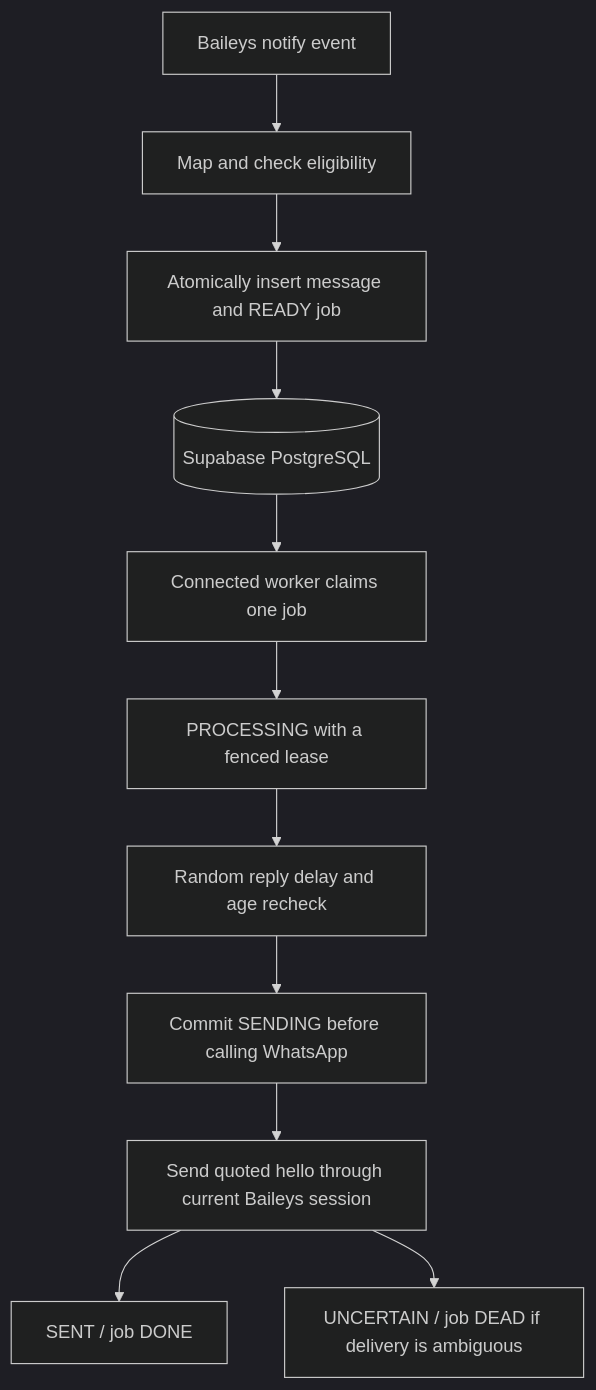
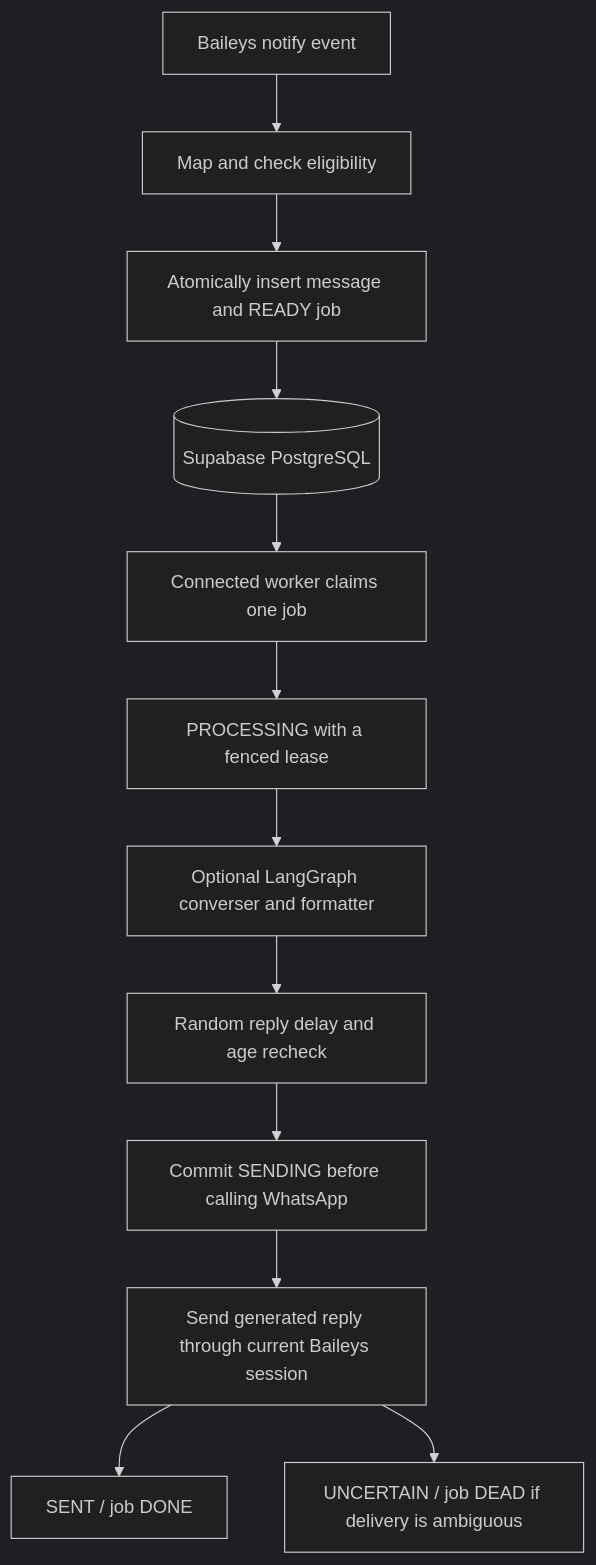
One commit to rs0125/ramesh-bot changed the diagram in docs/supabase-message-queue.md. Above: the diagram before and after it, drawn with Mermaid (dark theme). The commit also changed other lines of this file and 37 other files, not shown here.

Commit message:
feat(agent): add Terra chat graph, local playground, and evals

````diff
--- a/docs/supabase-message-queue.md
+++ b/docs/supabase-message-queue.md
@@ -20,13 +20,14 @@
 ```mermaid
 flowchart TD
     Event[Baileys notify event] --> Map[Map and check eligibility]
     Map --> Save[Atomically insert message and READY job]
     Save --> Store[(Supabase PostgreSQL)]
     Store --> Claim[Connected worker claims one job]
     Claim --> Processing[PROCESSING with a fenced lease]
-    Processing --> Delay[Random reply delay and age recheck]
+    Processing --> Agent[Optional LangGraph converser and formatter]
+    Agent --> Delay[Random reply delay and age recheck]
     Delay --> Marker[Commit SENDING before calling WhatsApp]
-    Marker --> Send[Send quoted hello through current Baileys session]
+    Marker --> Send[Send generated reply through current Baileys session]
     Send --> Success[SENT / job DONE]
     Send --> Uncertain[UNCERTAIN / job DEAD if delivery is ambiguous]
 ```
````
